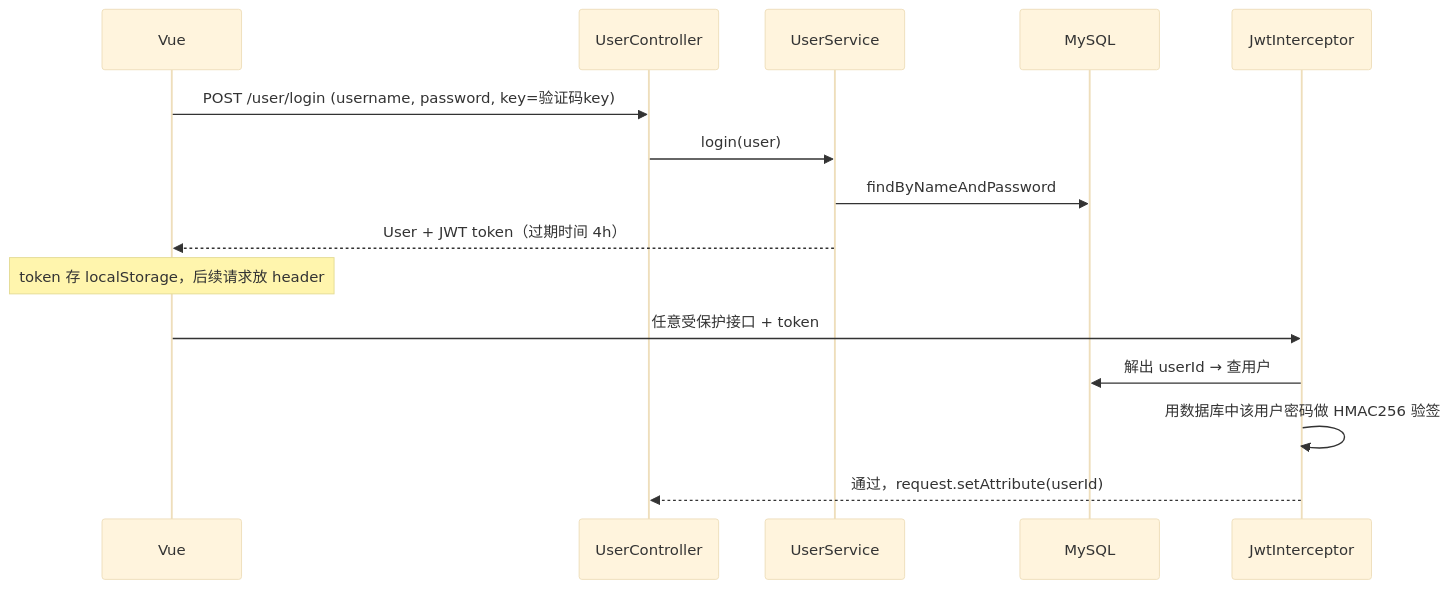
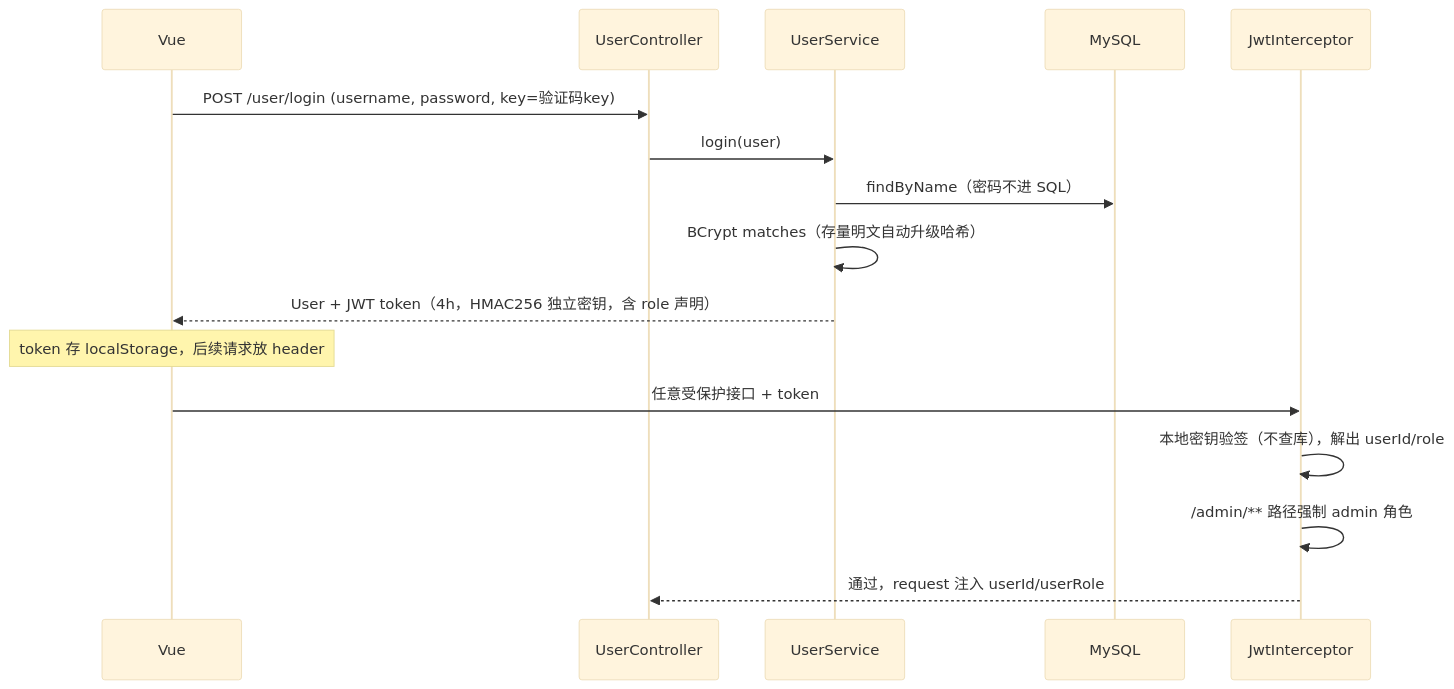
One commit to q1ngn1ng-web/library-reading-room changed the third of 6 diagrams in docs/architecture.md. Above: the diagram before and after it, drawn with Mermaid (base theme). The commit also changed other lines of this file and 18 other files, not shown here.

Commit message:
feat(security): 安全三件套——BCrypt 密码哈希（含启动迁移器）、JWT 独立密钥+角色声明、WebSocket token 握手鉴权与服务端身份反查；修复改密原密码校验失效、拦截路径覆盖缺口（/chatRoom /chat /notice）

````diff
--- a/docs/architecture.md
+++ b/docs/architecture.md
@@ -67,17 +67,18 @@
 ```mermaid
 sequenceDiagram
     participant V as Vue
     participant C as UserController
     participant S as UserService
     participant DB as MySQL
     participant I as JwtInterceptor
     V->>C: POST /user/login (username, password, key=验证码key)
     C->>S: login(user)
-    S->>DB: findByNameAndPassword
-    S-->>V: User + JWT token（过期时间 4h）
+    S->>DB: findByName（密码不进 SQL）
+    S->>S: BCrypt matches（存量明文自动升级哈希）
+    S-->>V: User + JWT token（4h，HMAC256 独立密钥，含 role 声明）
     Note over V: token 存 localStorage，后续请求放 header
     V->>I: 任意受保护接口 + token
-    I->>DB: 解出 userId → 查用户
-    I->>I: 用数据库中该用户密码做 HMAC256 验签
-    I-->>C: 通过，request.setAttribute(userId)
+    I->>I: 本地密钥验签（不查库），解出 userId/role
+    I->>I: /admin/** 路径强制 admin 角色
+    I-->>C: 通过，request 注入 userId/userRole
 ```
````
